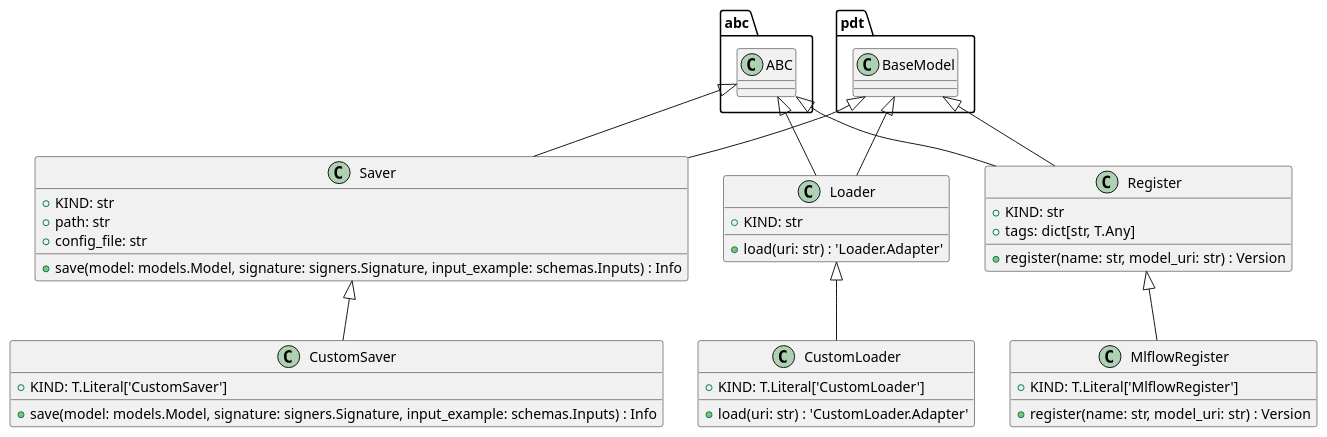
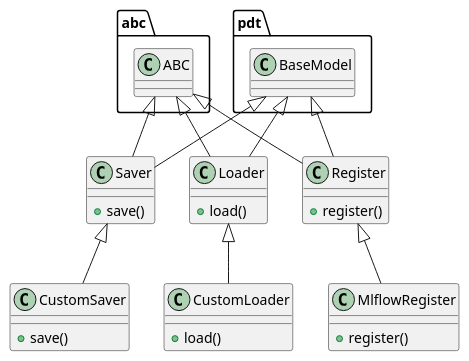
The diagram in openwiki/src/autogen_team/registry/adapters/mlflow_adapter.md (lgcorzo/llmops-python-package), drawn with PlantUML before and after one commit. The commit also changed other lines of this file and 77 other files, not shown here.

````diff
--- a/openwiki/src/autogen_team/registry/adapters/mlflow_adapter.md
+++ b/openwiki/src/autogen_team/registry/adapters/mlflow_adapter.md
@@ -71,40 +419,31 @@
 ```plantuml
 @startuml
-    abc.ABC <|-- Saver
-    pdt.BaseModel <|-- Saver
-    class Saver {
-        +KIND: str
-        +path: str
-        +config_file: str
-        +save(model: models.Model, signature: signers.Signature, input_example: schemas.Inputs) : Info
-    }
-    Saver <|-- CustomSaver
-    class CustomSaver {
-        +KIND: T.Literal['CustomSaver']
-        +save(model: models.Model, signature: signers.Signature, input_example: schemas.Inputs) : Info
-    }
-    abc.ABC <|-- Loader
-    pdt.BaseModel <|-- Loader
-    class Loader {
-        +KIND: str
-        +load(uri: str) : 'Loader.Adapter'
-    }
-    Loader <|-- CustomLoader
-    class CustomLoader {
-        +KIND: T.Literal['CustomLoader']
-        +load(uri: str) : 'CustomLoader.Adapter'
-    }
-    abc.ABC <|-- Register
-    pdt.BaseModel <|-- Register
-    class Register {
-        +KIND: str
-        +tags: dict[str, T.Any]
-        +register(name: str, model_uri: str) : Version
-    }
-    Register <|-- MlflowRegister
-    class MlflowRegister {
-        +KIND: T.Literal['MlflowRegister']
-        +register(name: str, model_uri: str) : Version
-    }
+class Saver {
+  + save()
+}
+abc.ABC <|-- Saver
+pdt.BaseModel <|-- Saver
+class CustomSaver {
+  + save()
+}
+Saver <|-- CustomSaver
+class Loader {
+  + load()
+}
+abc.ABC <|-- Loader
+pdt.BaseModel <|-- Loader
+class CustomLoader {
+  + load()
+}
+Loader <|-- CustomLoader
+class Register {
+  + register()
+}
+abc.ABC <|-- Register
+pdt.BaseModel <|-- Register
+class MlflowRegister {
+  + register()
+}
+Register <|-- MlflowRegister
 @enduml
 ```
````
